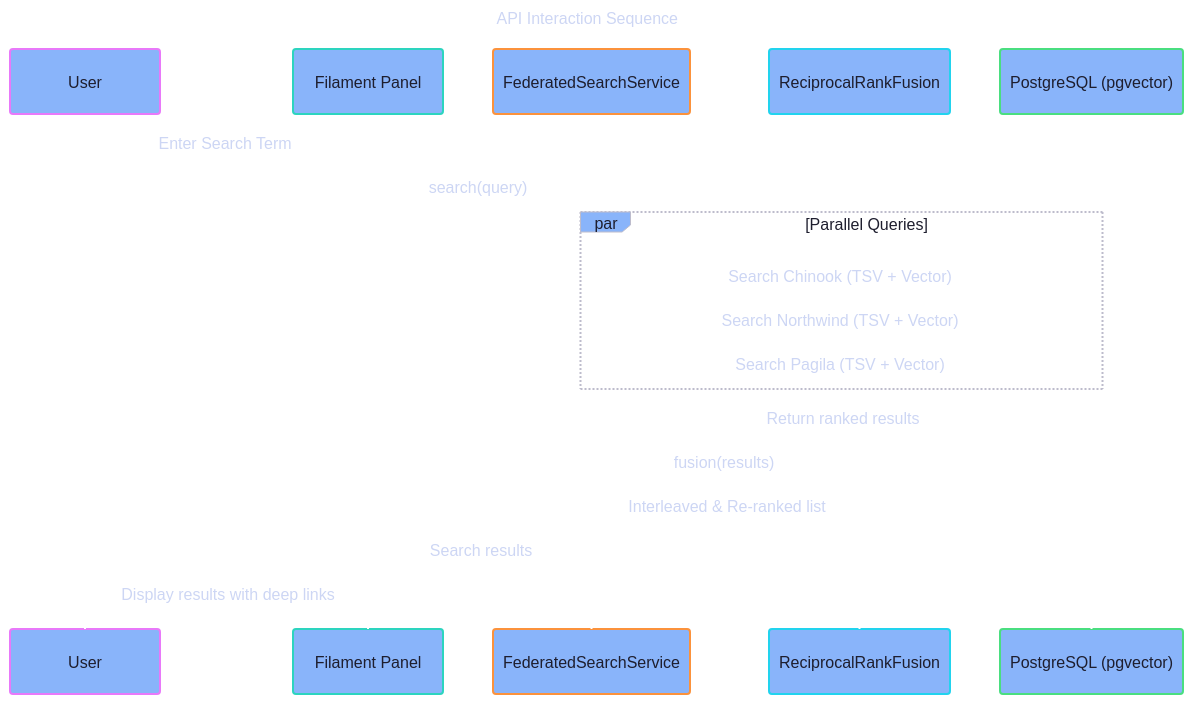
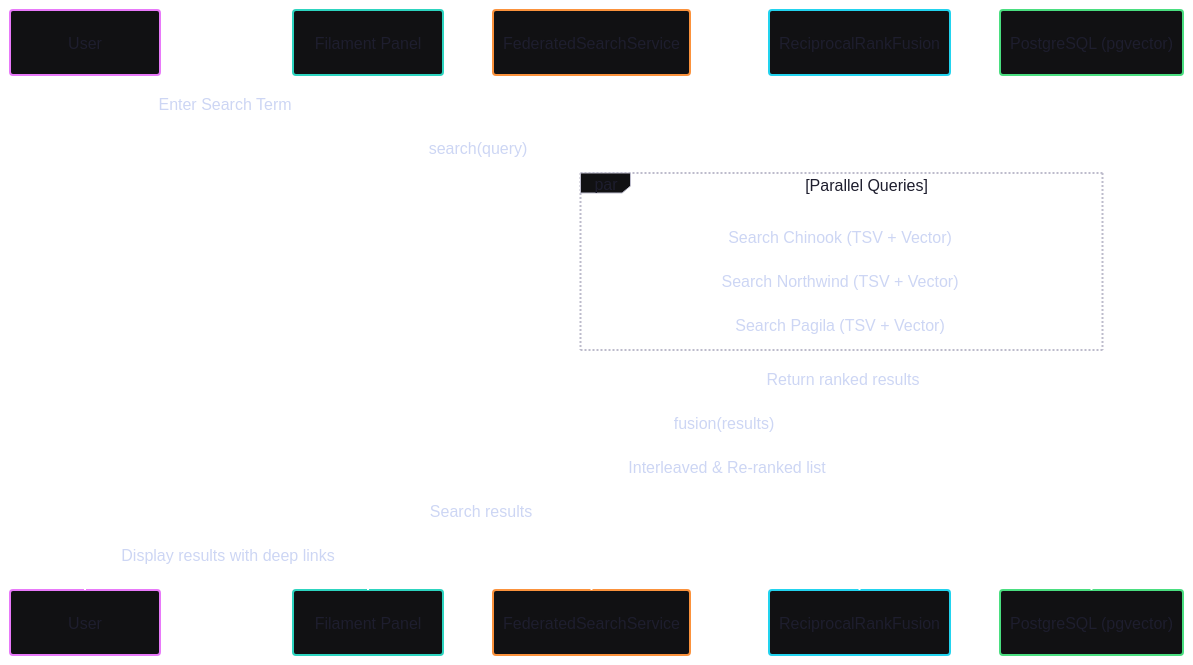
The diagram in docs/12-design/1204-api-spec.md (s-a-c/samples-20260717), drawn with Mermaid before and after one commit. The commit also changed other lines of this file and 2157 other files, not shown here.

````diff
--- a/docs/12-design/1204-api-spec.md
+++ b/docs/12-design/1204-api-spec.md
@@ -83,67 +82,33 @@
 ```mermaid
 ---
-title: API Interaction Sequence
 config:
   theme: redux-dark-color
   themeVariables:
     background: "#1e1e2e"
     primaryColor: "#89b4fa"
     primaryTextColor: "#1e1e2e"
     primaryBorderColor: "#74c7ec"
     lineColor: "#74c7ec"
-    secondaryColor: "#cba6f7"
-    secondaryTextColor: "#1e1e2e"
-    secondaryBorderColor: "#b4befe"
-    tertiaryColor: "#94e2d5"
-    tertiaryTextColor: "#1e1e2e"
-    tertiaryBorderColor: "#89dceb"
-    mainBkg: "#89b4fa"
-    secondBkg: "#cba6f7"
-    tertiaryBkg: "#94e2d5"
     textColor: "#cdd6f4"
-    nodeBorder: "#74c7ec"
-    clusterBkg: "#313244"
-    clusterBorder: "#b4befe"
-    edgeLabelBackground: "#1e1e2e"
-    titleColor: "#cdd6f4"
     fontSize: 16px
-  themeCSS: |
-    .node rect, .node circle, .node ellipse, .node polygon, .node path { stroke-width: 2px !important; }
-    .edgePath .path { stroke-width: 2px !important; }
-    .label { font-weight: bold !important; }
-    .edgeLabel { background-color: #1e1e2e !important; }
-  sequence:
-    actorBkg: "#313244"
-    actorBorder: "#74c7ec"
-    actorTextColor: "#cdd6f4"
-    actorLineColor: "#74c7ec"
-    signalColor: "#74c7ec"
-    signalTextColor: "#cdd6f4"
-    labelBoxBkgColor: "#45475a"
-    labelBoxBorderColor: "#b4befe"
-    labelTextColor: "#cdd6f4"
-    loopTextColor: "#cdd6f4"
-    noteBkgColor: "#fab387"
-    noteBorderColor: "#f9e2af"
-    noteTextColor: "#1e1e2e"
 ---
 sequenceDiagram
     participant U as User
     participant F as Filament Panel
     participant S as FederatedSearchService
     participant R as ReciprocalRankFusion
     participant DB as PostgreSQL (pgvector)
 
     U->>F: Enter Search Term
     F->>S: search(query)
     par Parallel Queries
         S->>DB: Search Chinook (TSV + Vector)
         S->>DB: Search Northwind (TSV + Vector)
         S->>DB: Search Pagila (TSV + Vector)
     end
     DB-->>S: Return ranked results
     S->>R: fusion(results)
     R-->>S: Interleaved & Re-ranked list
     S-->>F: Search results
     F-->>U: Display results with deep links
 ```
````
